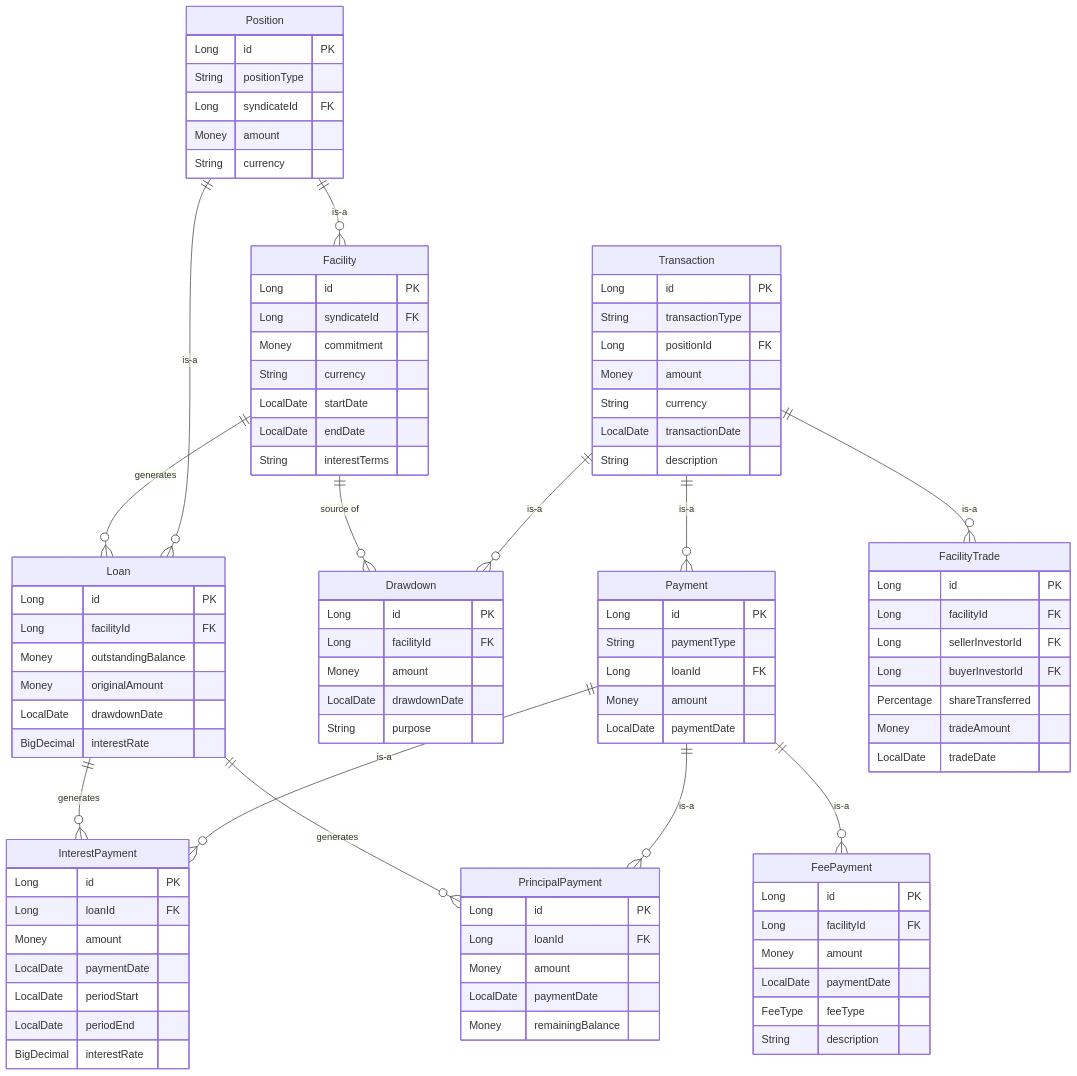
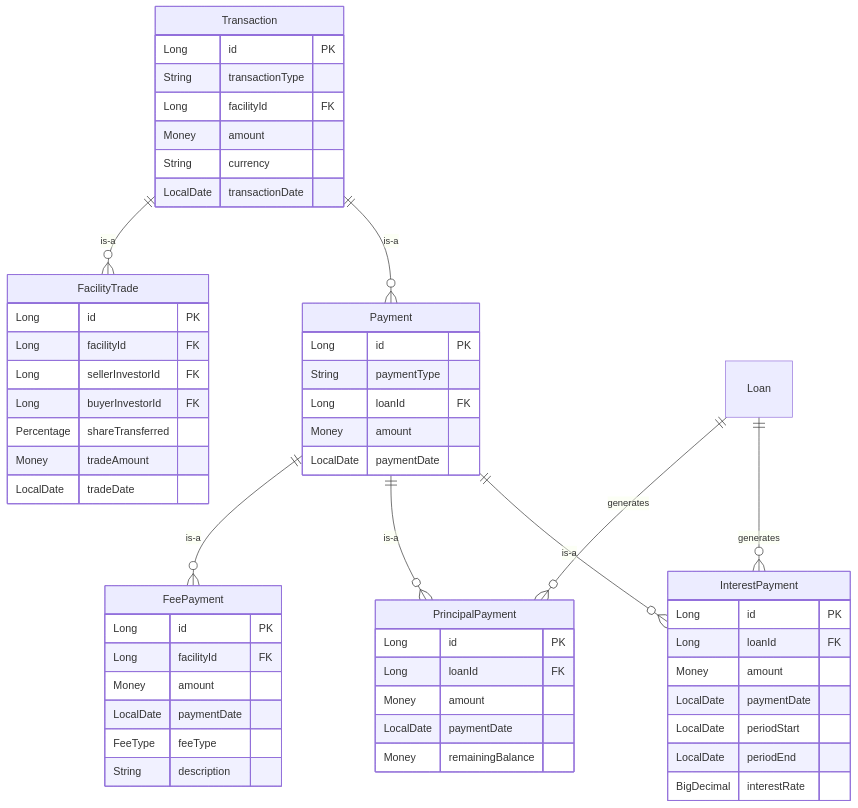
One commit to tis-abe-akira/ddd-ai changed the fourth of 9 diagrams in data-model.md. Above: the diagram before and after it, drawn with Mermaid. The commit also changed other lines of this file and 5 other files, not shown here.

````diff
--- a/data-model.md
+++ b/data-model.md
@@ -192,50 +241,13 @@
 ```mermaid
 erDiagram
-    %% Position階層（抽象基底概念）
-    Position {
-        Long id PK
-        String positionType
-        Long syndicateId FK
-        Money amount
-        String currency
-    }
-
-    Facility {
-        Long id PK
-        Long syndicateId FK
-        Money commitment
-        String currency
-        LocalDate startDate
-        LocalDate endDate
-        String interestTerms
-    }
-
-    Loan {
-        Long id PK
-        Long facilityId FK
-        Money outstandingBalance
-        Money originalAmount
-        LocalDate drawdownDate
-        BigDecimal interestRate
-    }
-
-    %% Transaction階層（抽象基底概念）
+    %% Transaction階層（抽象基底概念）- 既に実装済みの部分は省略
     Transaction {
         Long id PK
         String transactionType
-        Long positionId FK
+        Long facilityId FK
         Money amount
         String currency
         LocalDate transactionDate
-        String description
-    }
-
-    Drawdown {
-        Long id PK
-        Long facilityId FK
-        Money amount
-        LocalDate drawdownDate
-        String purpose
     }
 
     Payment {
@@ -284,9 +296,6 @@
     }
 
     %% 継承関係
-    Position ||--o{ Facility : "is-a"
-    Position ||--o{ Loan : "is-a"
-    Transaction ||--o{ Drawdown : "is-a"
     Transaction ||--o{ Payment : "is-a"
     Payment ||--o{ InterestPayment : "is-a"
     Payment ||--o{ PrincipalPayment : "is-a"
@@ -294,8 +303,6 @@
     Transaction ||--o{ FacilityTrade : "is-a"
 
     %% 関係性
-    Facility ||--o{ Loan : "generates"
-    Facility ||--o{ Drawdown : "source of"
     Loan ||--o{ InterestPayment : "generates"
     Loan ||--o{ PrincipalPayment : "generates"
 ```
````
